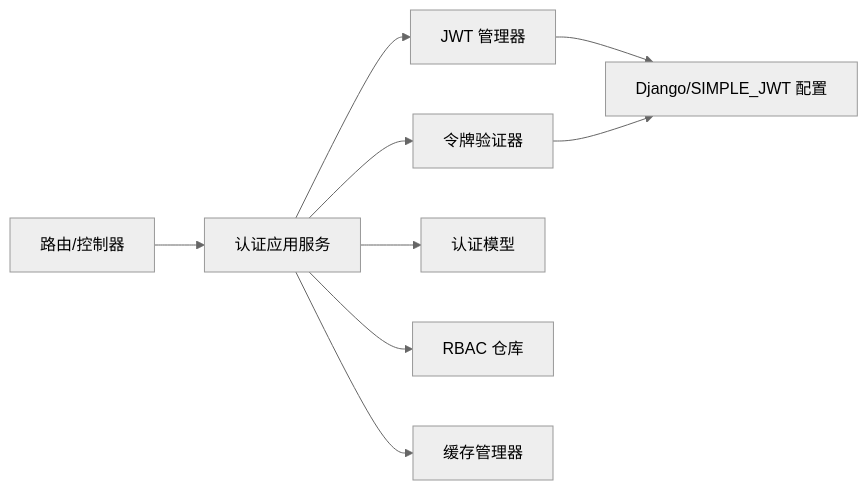
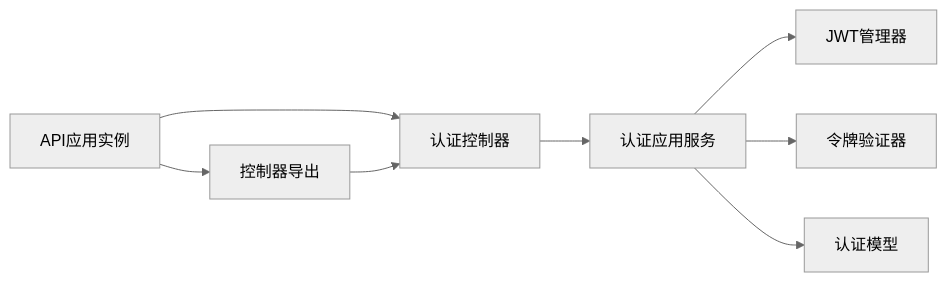
The sixth of 6 diagrams in .qoder/repowiki/zh/content/API 接口文档/认证接口.md (taoweidong/Hello-Django-Ninja-Api), drawn with Mermaid (neutral theme) before and after one commit. The commit also changed other lines of this file and 7 other files, not shown here.

````diff
--- a/.qoder/repowiki/zh/content/API 接口文档/认证接口.md
+++ b/.qoder/repowiki/zh/content/API 接口文档/认证接口.md
@@ -339,11 +262,10 @@
 ```mermaid
 graph LR
-Router["路由/控制器"] --> Service["认证应用服务"]
-Service --> JWT["JWT 管理器"]
+App["API应用实例"] --> Ctrl["认证控制器"]
+Ctrl --> Service["认证应用服务"]
+Service --> JWT["JWT管理器"]
 Service --> TV["令牌验证器"]
 Service --> Models["认证模型"]
-JWT --> Settings["Django/SIMPLE_JWT 配置"]
-TV --> Settings
-Service --> RBAC["RBAC 仓库"]
-Service --> Cache["缓存管理器"]
+App --> Controllers["控制器导出"]
+Controllers --> Ctrl
 ```
````
